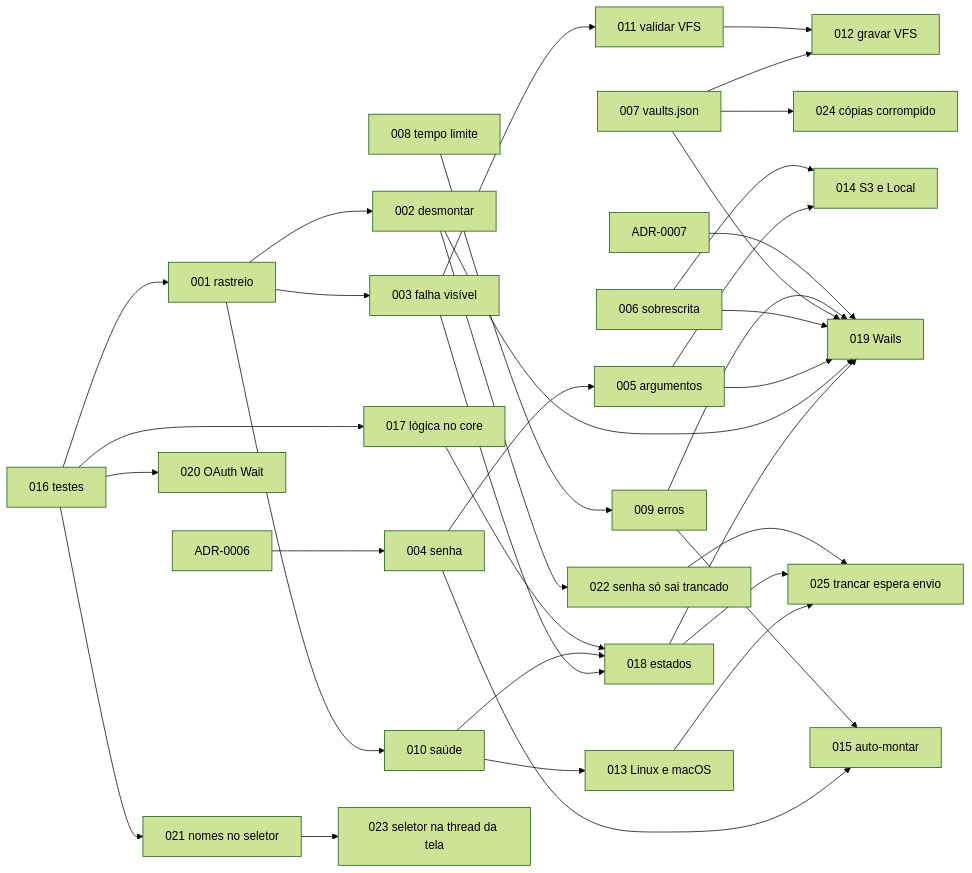
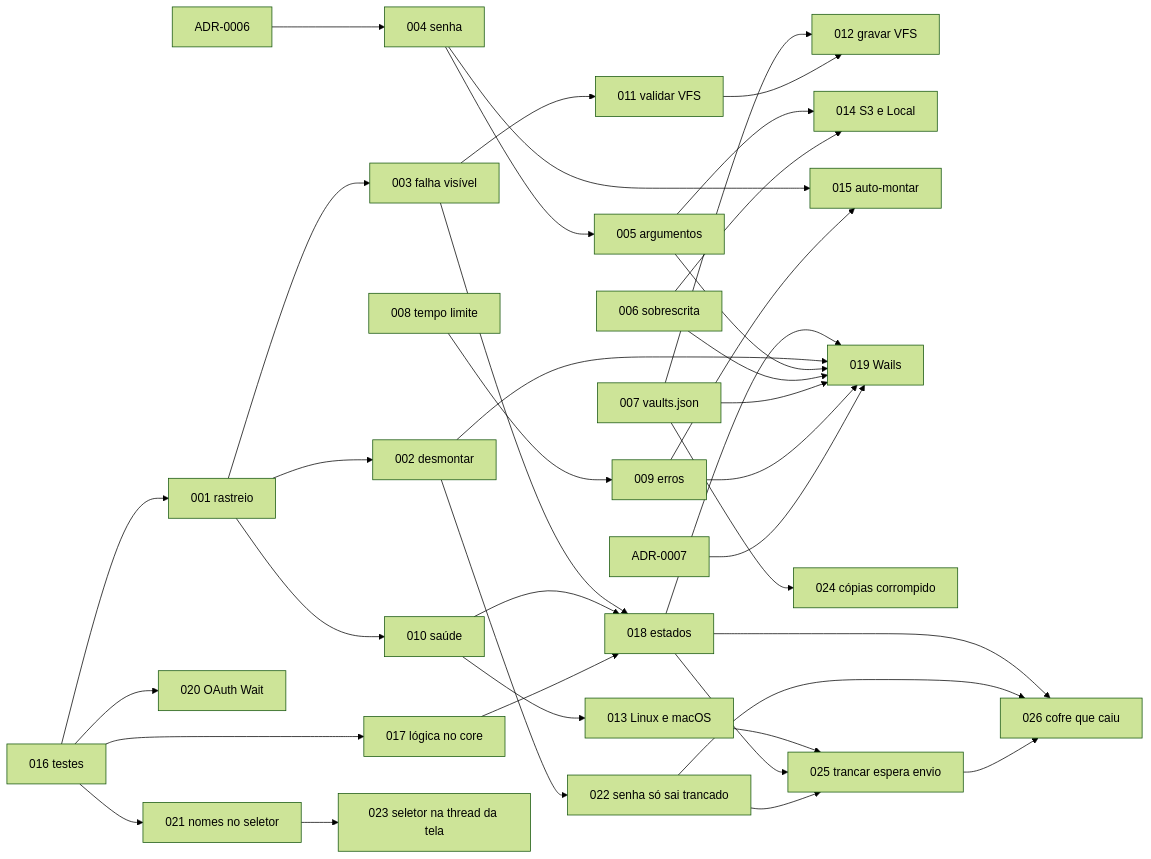
One commit to douglassouza-dev/runtime-crypt-go changed the diagram in docs/demanda/index.md. Above: the diagram before and after it, drawn with Mermaid (forest theme). The commit also changed other lines of this file and 1 other file, not shown here.

Commit message:
docs(026): demanda — cofre que caiu: destrancar de novo e trancar sem perder envio

````diff
--- a/docs/demanda/index.md
+++ b/docs/demanda/index.md
@@ -39,39 +40,42 @@
 ```mermaid
 flowchart LR
     d016["016 testes"] --> d001["001 rastreio"]
     d001 --> d002["002 desmontar"]
     d001 --> d003["003 falha visível"]
     d001 --> d010["010 saúde"]
     adr6["ADR-0006"] --> d004["004 senha"]
     d004 --> d005["005 argumentos"]
     d006["006 sobrescrita"]
     d007["007 vaults.json"]
     d008["008 tempo limite"] --> d009["009 erros"]
     d003 --> d011["011 validar VFS"]
     d007 --> d012["012 gravar VFS"]
     d011 --> d012
     d010 --> d013["013 Linux e macOS"]
     d005 --> d014["014 S3 e Local"]
     d006 --> d014
     d004 --> d015["015 auto-montar"]
     d009 --> d015
     d016 --> d017["017 lógica no core"]
     d016 --> d020["020 OAuth Wait"]
     d016 --> d021["021 nomes no seletor"]
     d003 --> d018["018 estados"]
     d010 --> d018
     d017 --> d018
     d018 --> d019["019 Wails"]
     d002 --> d019
     d005 --> d019
     d006 --> d019
     d007 --> d019
     d009 --> d019
     adr7["ADR-0007"] --> d019
     d002 --> d022["022 senha só sai trancado"]
     d021 --> d023["023 seletor na thread da tela"]
     d007 --> d024["024 cópias corrompido"]
     d013 --> d025["025 trancar espera envio"]
     d018 --> d025
     d022 --> d025
+    d018 --> d026["026 cofre que caiu"]
+    d022 --> d026
+    d025 --> d026
 ```
````
